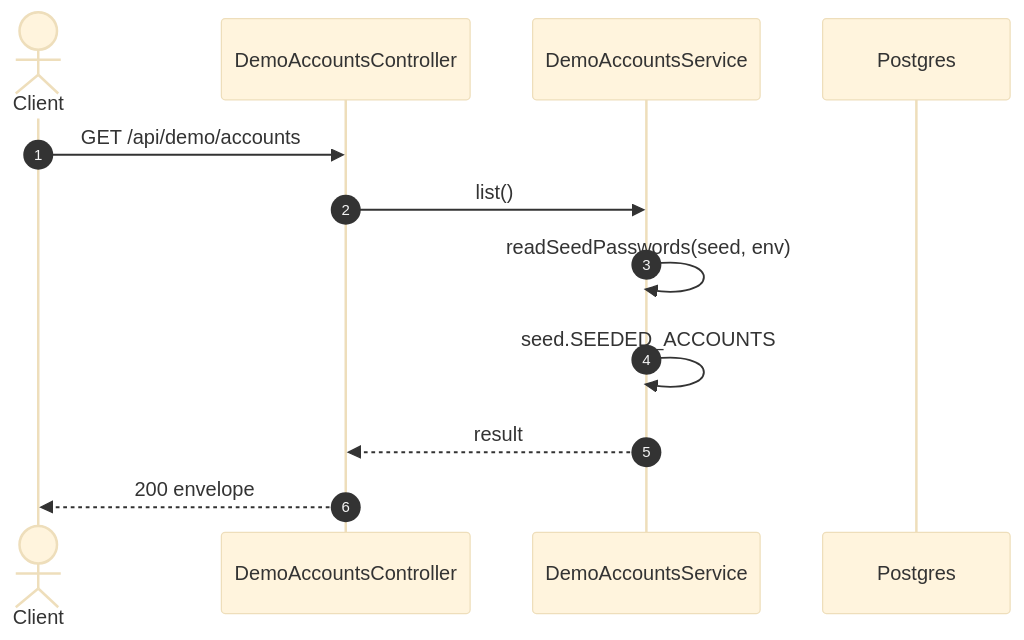
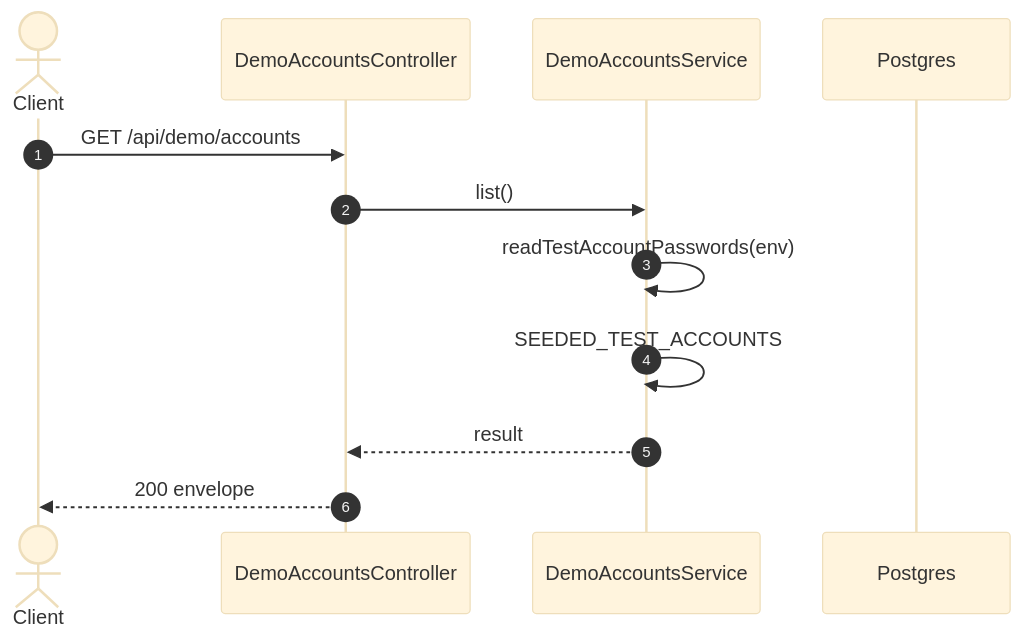
The second of 2 diagrams in specs/demo/api-design/05-get-demo-accounts.md (TrekLink-Team/treklink-web), drawn with Mermaid (base theme) before and after one commit. The commit also changed other lines of this file and 12 other files, not shown here.

First line of the commit message:
fix: read the test accounts from a compiled copy of the seed list

````diff
--- a/specs/demo/api-design/05-get-demo-accounts.md
+++ b/specs/demo/api-design/05-get-demo-accounts.md
@@ -148,14 +148,14 @@
 ```mermaid
 sequenceDiagram
     autonumber
     actor C as Client
     participant Ctl as DemoAccountsController
     participant Svc as DemoAccountsService
     participant DB as Postgres
     C->>Ctl: GET /api/demo/accounts
     Ctl->>Svc: list()
-    Svc->>Svc: readSeedPasswords(seed, env)
-    Svc->>Svc: seed.SEEDED_ACCOUNTS
+    Svc->>Svc: readTestAccountPasswords(env)
+    Svc->>Svc: SEEDED_TEST_ACCOUNTS
     Svc-->>Ctl: result
     Ctl-->>C: 200 envelope
 ```
````
